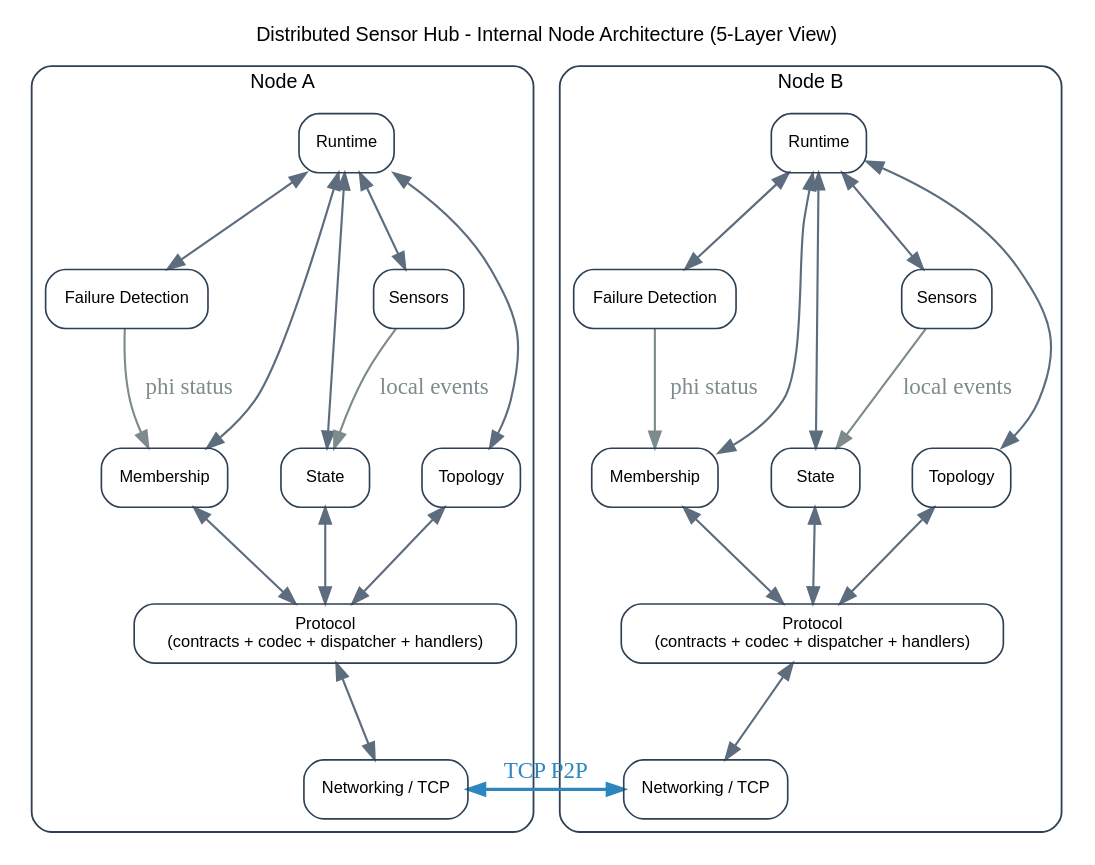
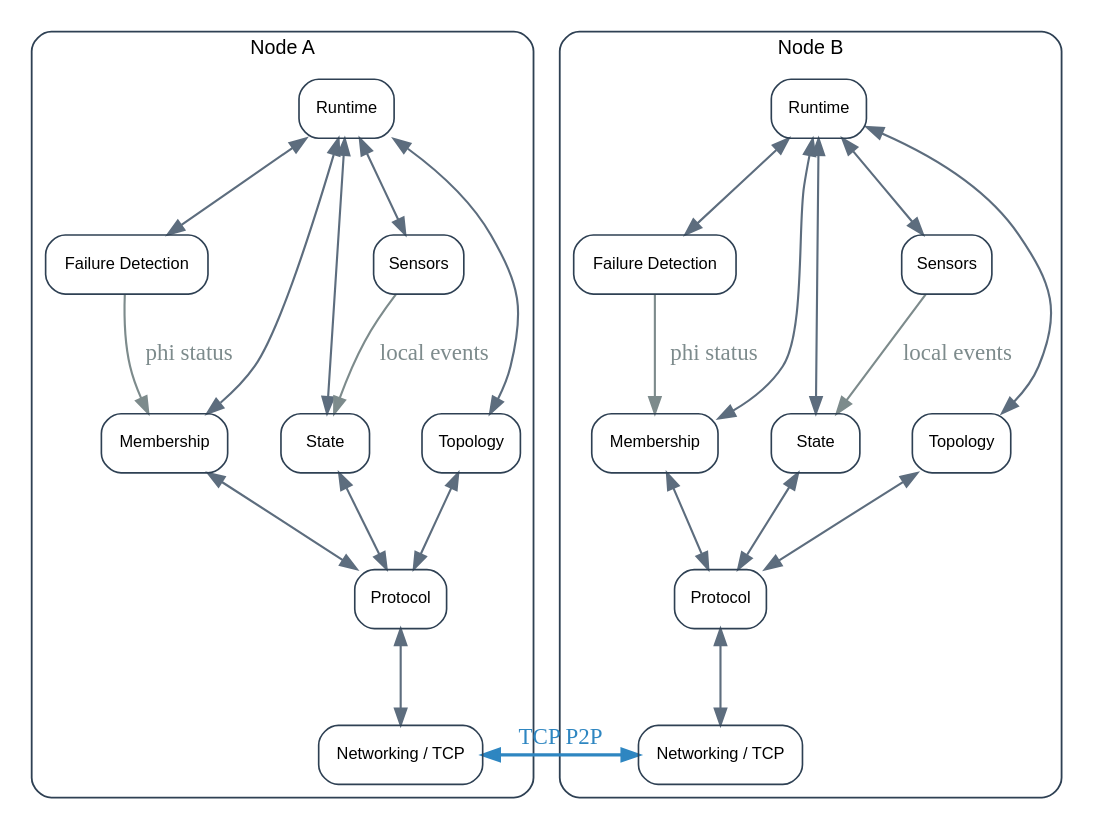
One commit to AlexSantini10/distributed-sensor-hub changed the diagram in docs/diagrams/src/node-internal-layered-architecture.dot. Above: the diagram before and after it, drawn with Graphviz. The commit also changed 1 other file, not shown here.

Commit message:
docs: :memo: removed title from graphs

```diff
--- a/docs/diagrams/src/node-internal-layered-architecture.dot
+++ b/docs/diagrams/src/node-internal-layered-architecture.dot
@@ -1,108 +1,106 @@
 digraph NodeInternalLayeredArchitecture {
   graph [
     layout=dot,
     rankdir=TB,
     splines=true,
     compound=true,
     newrank=true,
     outputorder=edgesfirst,
     bgcolor="white",
     fontname="Helvetica",
     fontsize=12,
-    labelloc="t",
-    label="Distributed Sensor Hub - Internal Node Architecture (5-Layer View)",
     nodesep=0.45,
     ranksep=0.8
   ];
 
   node [
     shape=box,
     style="rounded",
     color="#2E4053",
     fontname="Helvetica",
     fontsize=10
   ];
 
   edge [color="#5D6D7E", penwidth=1.3, dir=both];
 
   subgraph cluster_node_a {
     label="Node A";
     color="#2E4053";
     style="rounded";
     penwidth=1.1;
 
     a_runtime [label="Runtime"];
 
     a_fd [label="Failure Detection"];
     a_sensors [label="Sensors"];
 
     a_membership [label="Membership"];
     a_state [label="State"];
     a_topology [label="Topology"];
-    a_protocol [label="Protocol\n(contracts + codec + dispatcher + handlers)"];
+    a_protocol [label="Protocol"];
     a_networking [label="Networking / TCP"];
   }
 
   subgraph cluster_node_b {
     label="Node B";
     color="#2E4053";
     style="rounded";
     penwidth=1.1;
 
     b_runtime [label="Runtime"];
 
     b_fd [label="Failure Detection"];
     b_sensors [label="Sensors"];
 
     b_membership [label="Membership"];
     b_state [label="State"];
     b_topology [label="Topology"];
-    b_protocol [label="Protocol\n(contracts + codec + dispatcher + handlers)"];
+    b_protocol [label="Protocol"];
     b_networking [label="Networking / TCP"];
   }
 
   a_runtime -> a_membership;
   a_runtime -> a_fd;
   a_runtime -> a_state;
   a_runtime -> a_sensors;
   a_runtime -> a_topology;
 
   a_membership -> a_protocol;
   a_state -> a_protocol;
   a_topology -> a_protocol;
 
   a_protocol -> a_networking;
   a_sensors -> a_state [dir=forward, arrowtail=none, color="#7D8B8C", label="local events", fontcolor="#7D8B8C"];
   a_fd -> a_membership [dir=forward, arrowtail=none, color="#7D8B8C", label="phi status", fontcolor="#7D8B8C"];
 
   b_runtime -> b_membership;
   b_runtime -> b_fd;
   b_runtime -> b_state;
   b_runtime -> b_sensors;
   b_runtime -> b_topology;
 
   b_membership -> b_protocol;
   b_state -> b_protocol;
   b_topology -> b_protocol;
 
   b_protocol -> b_networking;
   b_sensors -> b_state [dir=forward, arrowtail=none, color="#7D8B8C", label="local events", fontcolor="#7D8B8C"];
   b_fd -> b_membership [dir=forward, arrowtail=none, color="#7D8B8C", label="phi status", fontcolor="#7D8B8C"];
 
   { rank=same; a_runtime; b_runtime; }
   { rank=same; a_fd; a_sensors; b_fd; b_sensors; }
   { rank=same; a_membership; a_state; a_topology; b_membership; b_state; b_topology; }
   { rank=same; a_protocol; b_protocol; }
   { rank=same; a_networking; b_networking; }
 
   a_runtime -> b_runtime [style=invis, constraint=true];
   a_membership -> b_membership [style=invis, constraint=true];
   a_fd -> b_fd [style=invis, constraint=true];
   a_state -> b_state [style=invis, constraint=true];
   a_sensors -> b_sensors [style=invis, constraint=true];
   a_topology -> b_topology [style=invis, constraint=true];
   a_protocol -> b_protocol [style=invis, constraint=true];
   a_networking -> b_networking [style=invis, constraint=true];
 
   a_networking -> b_networking [color="#2E86C1", penwidth=1.9, label="TCP P2P", fontcolor="#2E86C1"];
 }
```
